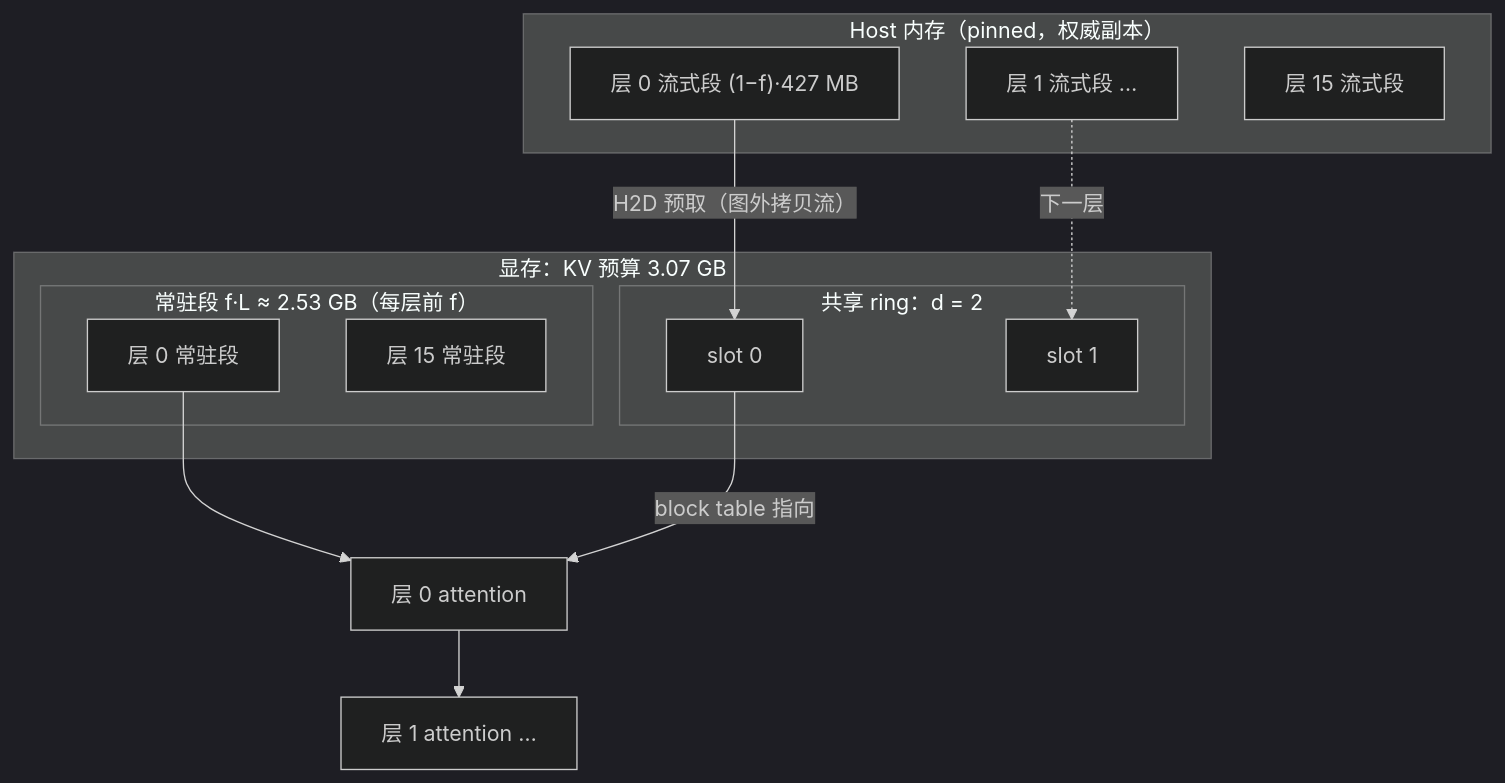
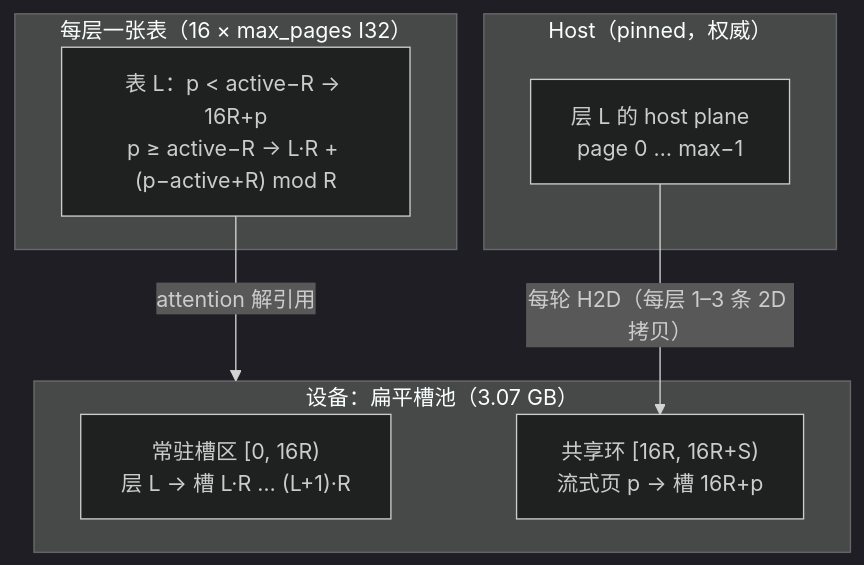
Before and after one commit to kpa32/ninfer-all-adaptive-kv-streaming: the first of 3 diagrams in docs/maintainer/kv-streaming-design.md, drawn with Mermaid (dark theme). The commit also changed other lines of this file, not shown here.

````diff
--- a/docs/maintainer/kv-streaming-design.md
+++ b/docs/maintainer/kv-streaming-design.md
@@ -126,23 +323,15 @@
 ```mermaid
 flowchart TB
-    subgraph HOST["Host 内存（pinned，权威副本）"]
-        H0["层 0 流式段 (1−f)·427 MB"]
-        H1["层 1 流式段 …"]
-        H15["层 15 流式段"]
+    subgraph HOST["Host（pinned，权威）"]
+        HL["层 L 的 host plane<br/>page 0 … max−1"]
     end
-    subgraph VRAM["显存：KV 预算 3.07 GB"]
-        subgraph RES["常驻段 f·L ≈ 2.53 GB（每层前 f）"]
-            R0["层 0 常驻段"]
-            R15["层 15 常驻段"]
-        end
-        subgraph RING["共享 ring：d = 2"]
-            P0["slot 0"]
-            P1["slot 1"]
-        end
+    subgraph POOL["设备：扁平槽池（3.07 GB）"]
+        RES["常驻槽区 [0, 16R)<br/>层 L → 槽 L·R … (L+1)·R"]
+        RING["共享环 [16R, 16R+S)<br/>流式页 p → 槽 16R+p"]
     end
-    H0 -- "H2D 预取（图外拷贝流）" --> P0
-    H1 -. "下一层" .-> P1
-    R0 --> A0["层 0 attention"]
-    P0 -- "block table 指向" --> A0
-    A0 --> A1["层 1 attention …"]
+    subgraph TAB["每层一张表（16 × max_pages I32）"]
+        TL["表 L：p &lt; active−R → 16R+p<br/>p ≥ active−R → L·R + (p−active+R) mod R"]
+    end
+    HL -- "每轮 H2D（每层 1–3 条 2D 拷贝）" --> RING
+    TL -- "attention 解引用" --> POOL
 ```
````
